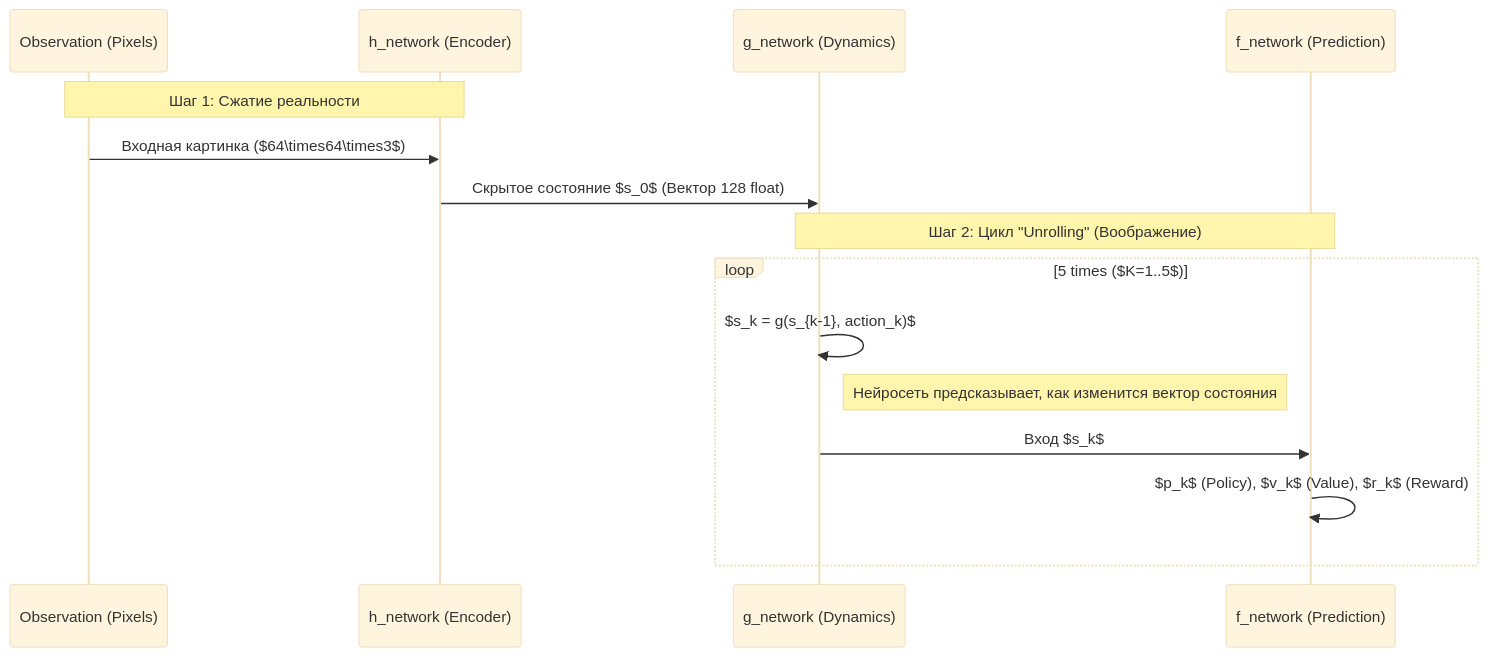
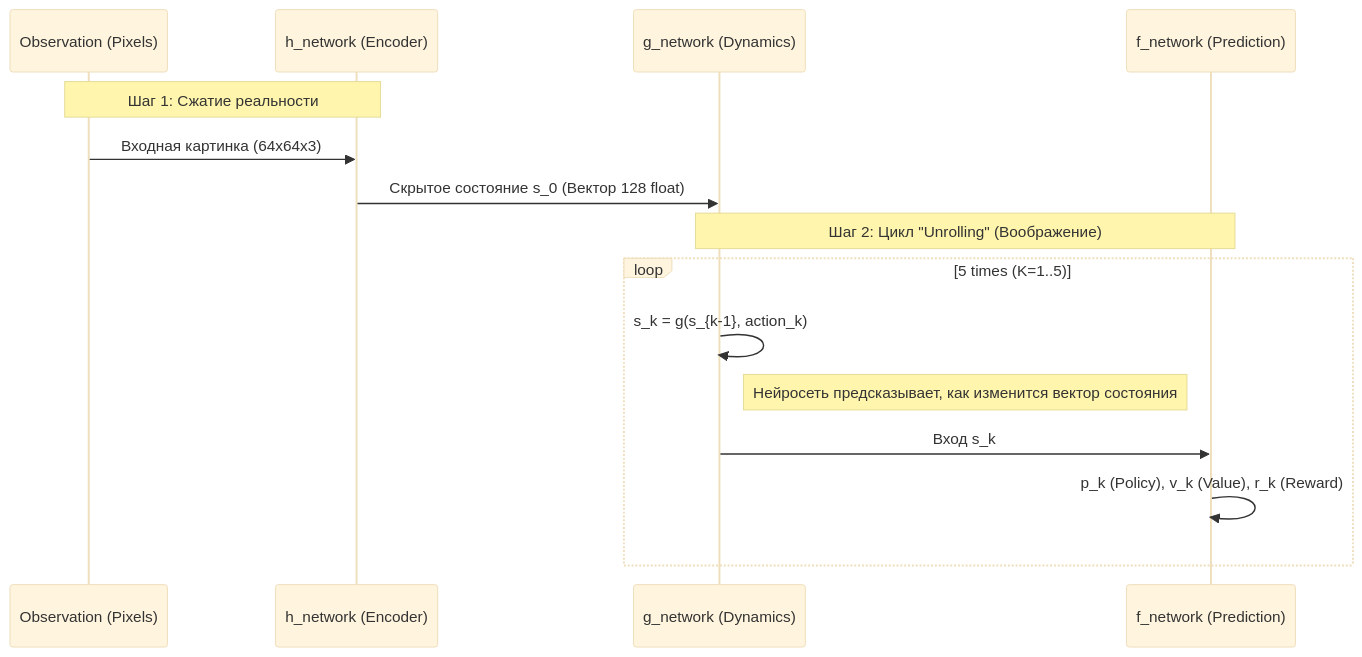
The first of 2 diagrams in task_4/WORLD_MACHINE_LEARNING_PATTERNS.md (mrnamazbek/KBTU_advanced_software_paradigms), drawn with Mermaid (base theme) before and after one commit. The commit also changed other lines of this file, not shown here.

Commit message:
Fix specific Mermaid subgraph syntax error and rendering issues

````diff
--- a/task_4/WORLD_MACHINE_LEARNING_PATTERNS.md
+++ b/task_4/WORLD_MACHINE_LEARNING_PATTERNS.md
@@ -30,19 +30,19 @@
 ```mermaid
 sequenceDiagram
     participant Obs as Observation (Pixels)
     participant Enc as h_network (Encoder)
     participant Dyn as g_network (Dynamics)
     participant Pred as f_network (Prediction)
     
     Note over Obs, Enc: Шаг 1: Сжатие реальности
-    Obs->>Enc: Входная картинка ($64\times64\times3$)
-    Enc->>Dyn: Скрытое состояние $s_0$ (Вектор 128 float)
+    Obs->>Enc: Входная картинка (64x64x3)
+    Enc->>Dyn: Скрытое состояние s_0 (Вектор 128 float)
     
     Note over Dyn, Pred: Шаг 2: Цикл "Unrolling" (Воображение)
-    loop 5 times ($K=1..5$)
-        Dyn->>Dyn: $s_k = g(s_{k-1}, action_k)$
+    loop 5 times (K=1..5)
+        Dyn->>Dyn: s_k = g(s_{k-1}, action_k)
         Note right of Dyn: Нейросеть предсказывает, как изменится вектор состояния
-        Dyn->>Pred: Вход $s_k$
-        Pred->>Pred: $p_k$ (Policy), $v_k$ (Value), $r_k$ (Reward)
+        Dyn->>Pred: Вход s_k
+        Pred->>Pred: p_k (Policy), v_k (Value), r_k (Reward)
     end
 ```
````
